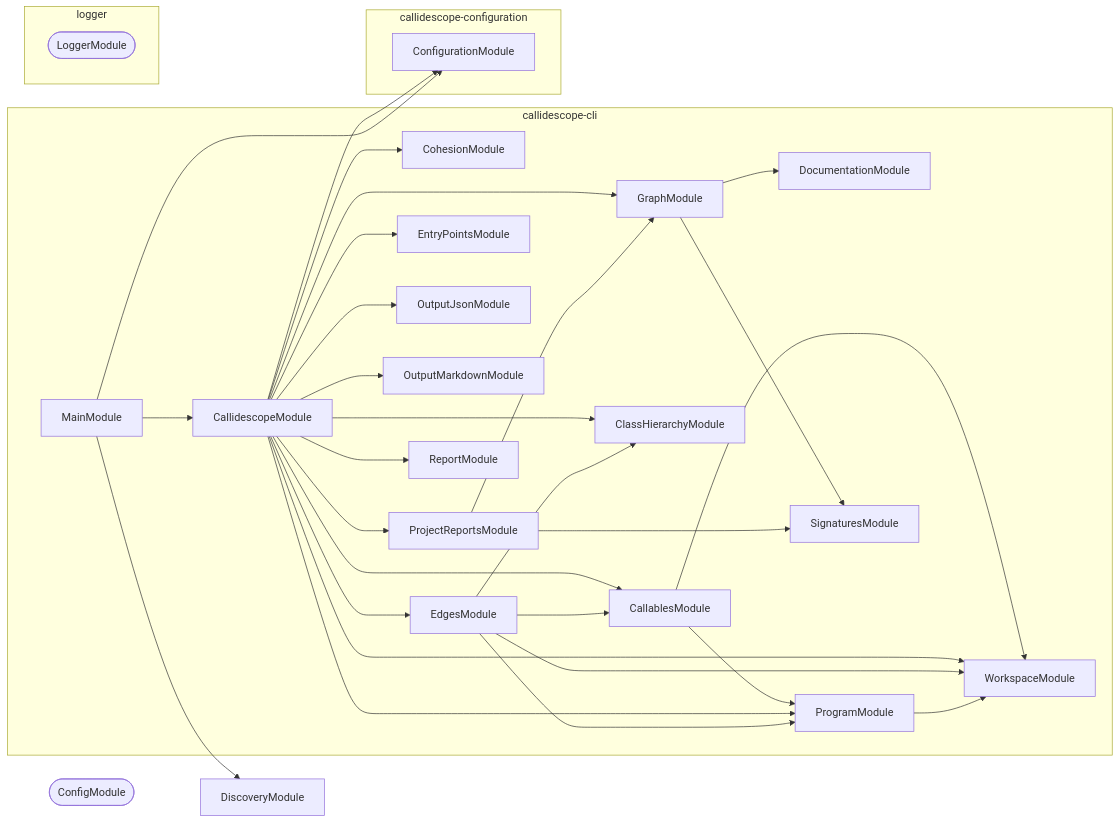
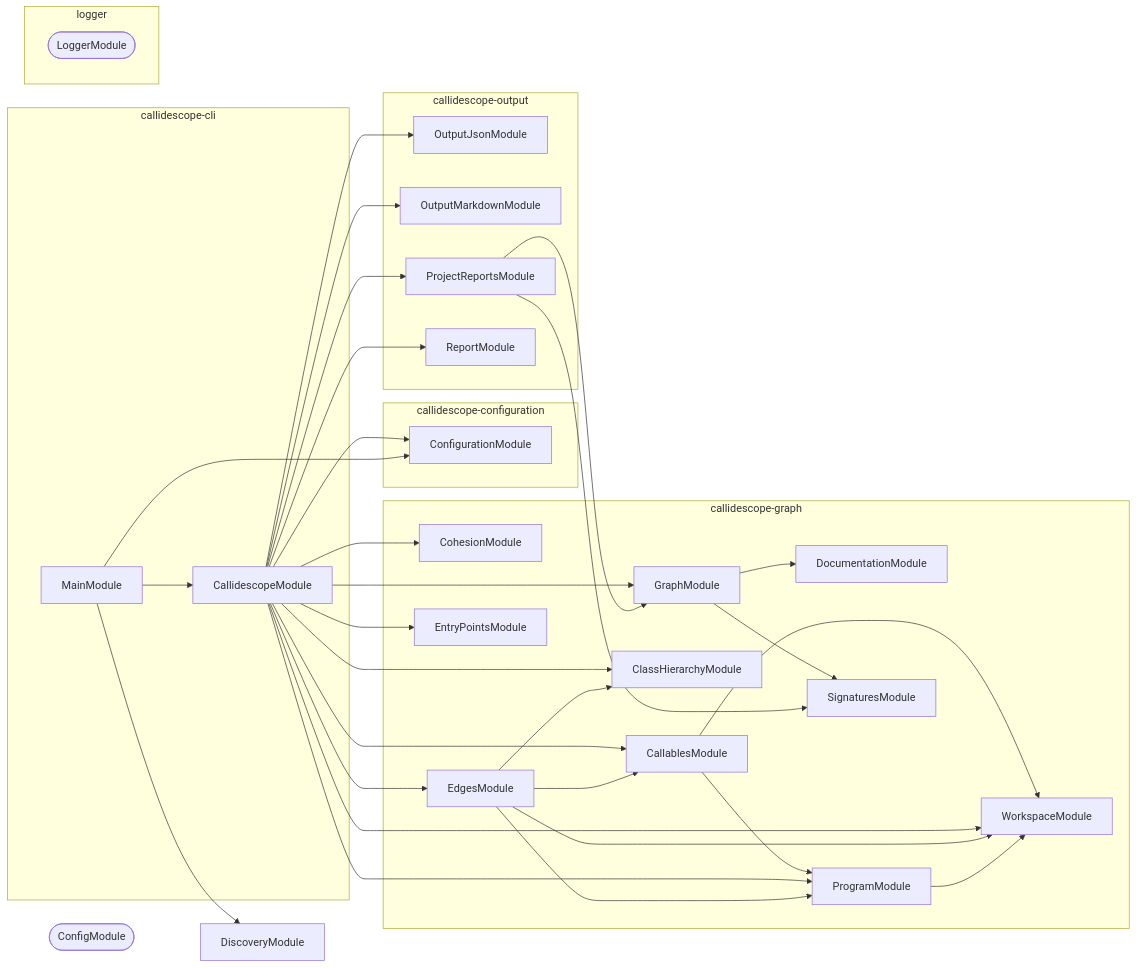
One commit to JimmyPaolini/codebase changed the second of 2 diagrams in packages/callidescope-cli/README.md. Above: the diagram before and after it, drawn with Mermaid. The commit also changed other lines of this file and 143 other files, not shown here.

Commit message:
refactor(callidescope): ♻️ split callidescope-cli into graph and output packages

````diff
--- a/packages/callidescope-cli/README.md
+++ b/packages/callidescope-cli/README.md
@@ -317,56 +321,60 @@
 ```mermaid
 flowchart LR
   subgraph group0["callidescope-cli"]
+    CallidescopeModule
+    MainModule
+  end
+  subgraph group1["callidescope-configuration"]
+    ConfigurationModule
+  end
+  subgraph group2["callidescope-graph"]
     CallablesModule
-    CallidescopeModule
     ClassHierarchyModule
     CohesionModule
     DocumentationModule
     EdgesModule
     EntryPointsModule
     GraphModule
-    MainModule
-    OutputJsonModule
-    OutputMarkdownModule
     ProgramModule
-    ProjectReportsModule
-    ReportModule
     SignaturesModule
     WorkspaceModule
   end
-  subgraph group1["callidescope-configuration"]
-    ConfigurationModule
+  subgraph group3["callidescope-output"]
+    OutputJsonModule
+    OutputMarkdownModule
+    ProjectReportsModule
+    ReportModule
   end
-  subgraph group2["logger"]
+  subgraph group4["logger"]
     LoggerModule([LoggerModule])
   end
   ConfigModule([ConfigModule])
   DiscoveryModule
   CallablesModule --> ProgramModule
   CallablesModule --> WorkspaceModule
   CallidescopeModule --> CallablesModule
   CallidescopeModule --> ClassHierarchyModule
   CallidescopeModule --> CohesionModule
   CallidescopeModule --> ConfigurationModule
   CallidescopeModule --> EdgesModule
   CallidescopeModule --> EntryPointsModule
   CallidescopeModule --> GraphModule
   CallidescopeModule --> OutputJsonModule
   CallidescopeModule --> OutputMarkdownModule
   CallidescopeModule --> ProgramModule
   CallidescopeModule --> ProjectReportsModule
   CallidescopeModule --> ReportModule
   CallidescopeModule --> WorkspaceModule
   EdgesModule --> CallablesModule
   EdgesModule --> ClassHierarchyModule
   EdgesModule --> ProgramModule
   EdgesModule --> WorkspaceModule
   GraphModule --> DocumentationModule
   GraphModule --> SignaturesModule
   MainModule --> CallidescopeModule
   MainModule --> ConfigurationModule
   MainModule --> DiscoveryModule
   ProgramModule --> WorkspaceModule
   ProjectReportsModule --> GraphModule
   ProjectReportsModule --> SignaturesModule
 ```
````
